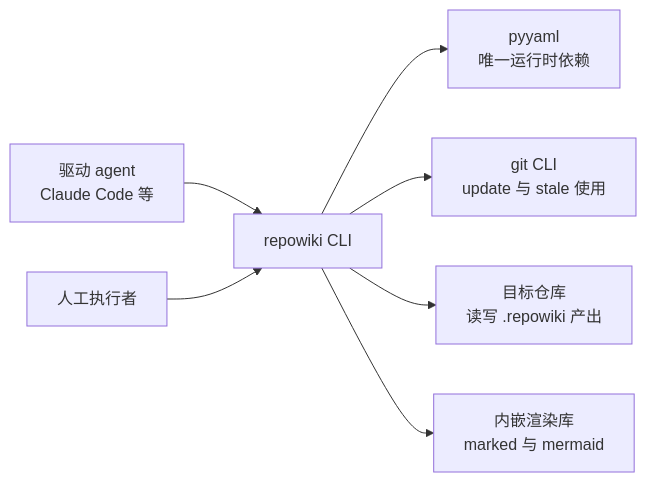
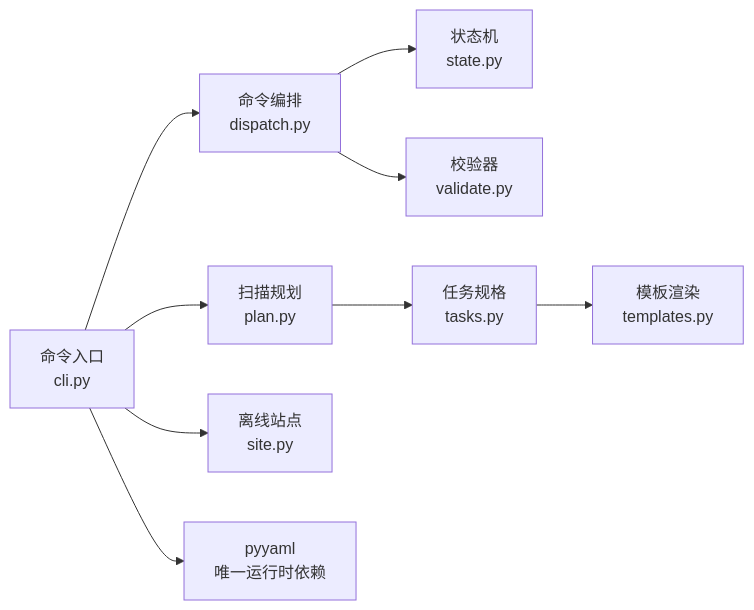
Before and after one commit to luomsis/repowiki: the third of 3 diagrams in .repowiki/zh/content/项目概述/项目概述.md, drawn with Mermaid. The commit also changed other lines of this file and 26 other files, not shown here.

````diff
--- a/.repowiki/zh/content/项目概述/项目概述.md
+++ b/.repowiki/zh/content/项目概述/项目概述.md
@@ -163,9 +163,11 @@
 ```mermaid
 graph LR
-AGENT["驱动 agent<br/>Claude Code 等"] --> CLI["repowiki CLI"]
-HUMAN["人工执行者"] --> CLI
-CLI --> PY["pyyaml<br/>唯一运行时依赖"]
-CLI --> GIT["git CLI<br/>update 与 stale 使用"]
-CLI --> REPO["目标仓库<br/>读写 .repowiki 产出"]
-CLI --> VENDOR["内嵌渲染库<br/>marked 与 mermaid"]
+CLI["命令入口<br/>cli.py"] --> PLAN["扫描规划<br/>plan.py"]
+CLI --> DISPATCH["命令编排<br/>dispatch.py"]
+CLI --> SITE["离线站点<br/>site.py"]
+DISPATCH --> STATE["状态机<br/>state.py"]
+DISPATCH --> VAL["校验器<br/>validate.py"]
+PLAN --> TASKS["任务规格<br/>tasks.py"]
+TASKS --> TPL["模板渲染<br/>templates.py"]
+CLI --> EXT["pyyaml<br/>唯一运行时依赖"]
 ```
````
